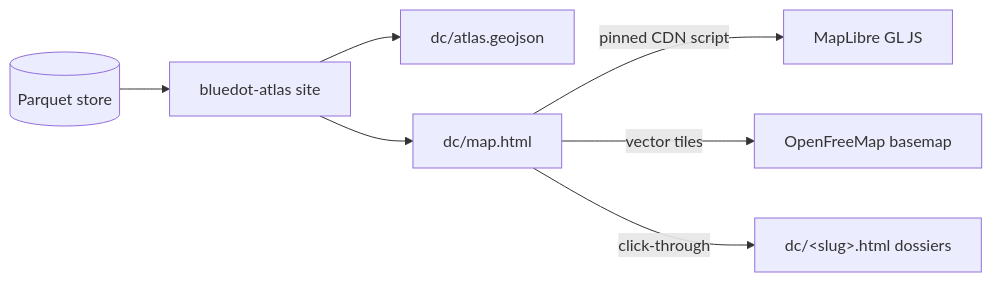
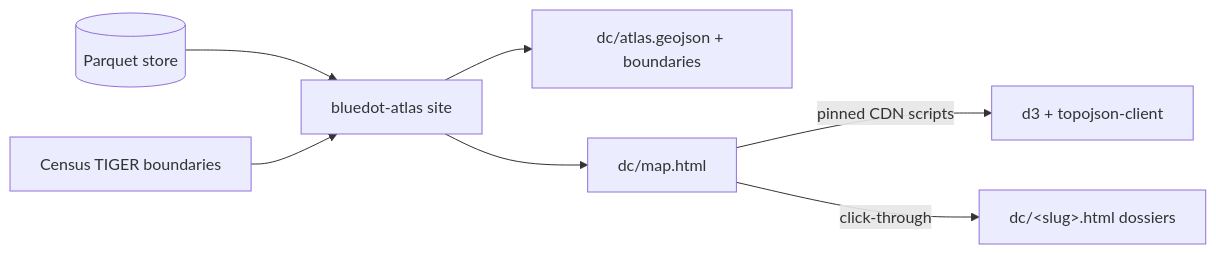
The diagram in docs/decisions/2026-09-02-map-rendering-stack.md (kwheeler27/bluedot), drawn with Mermaid before and after one commit. The commit also changed other lines of this file, not shown here.

First line of the commit message:
Decision revised: d3-geo in Basin's map idiom, not MapLibre, for v1

````diff
--- a/docs/decisions/2026-09-02-map-rendering-stack.md
+++ b/docs/decisions/2026-09-02-map-rendering-stack.md
@@ -53,9 +73,9 @@
 ```mermaid
 flowchart LR
   P[(Parquet store)] --> S[bluedot-atlas site]
-  S --> G[dc/atlas.geojson]
+  C[Census TIGER boundaries] --> S
+  S --> G[dc/atlas.geojson + boundaries]
   S --> M[dc/map.html]
-  M -->|pinned CDN script| L[MapLibre GL JS]
-  M -->|vector tiles| B[OpenFreeMap basemap]
+  M -->|pinned CDN scripts| L[d3 + topojson-client]
   M -->|click-through| D[dc/&lt;slug&gt;.html dossiers]
 ```
````
